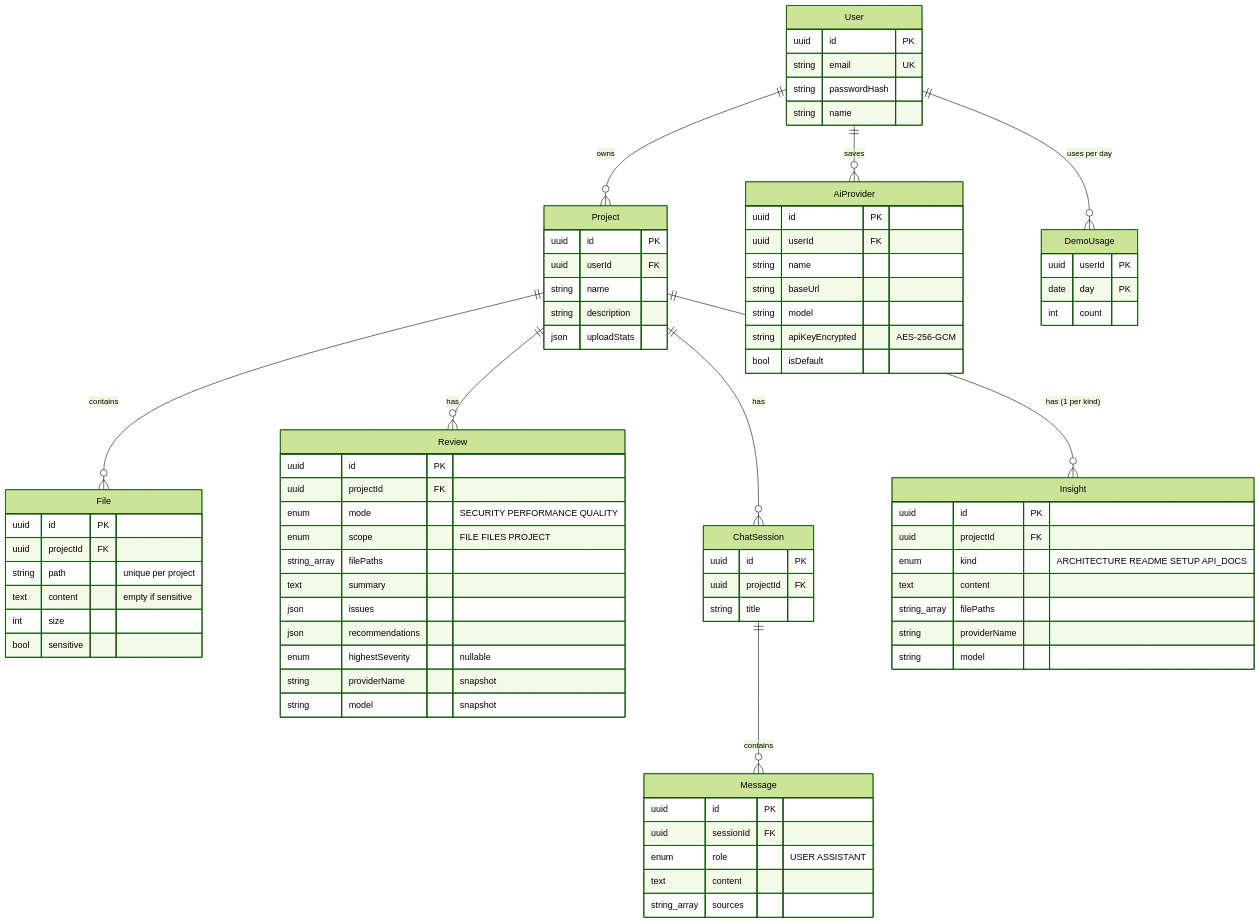
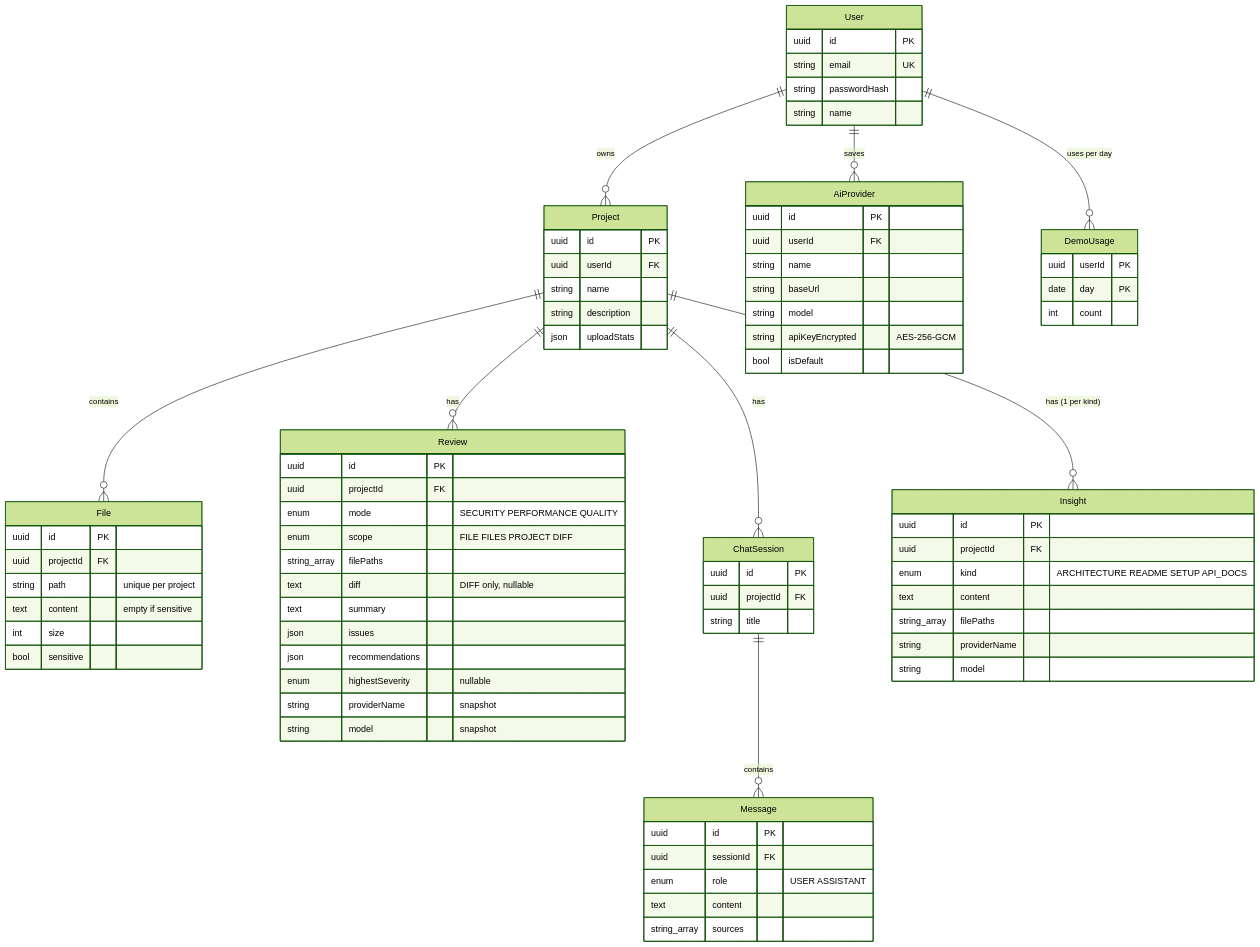
Before and after one commit to ashrafjr-n/AI-Powered-Code-Review-Assistant: the fourth of 7 diagrams in ARCHITECTURE.md, drawn with Mermaid (forest theme). The commit also changed other lines of this file and 2 other files, not shown here.

Commit message:
docs for diff review V3.0

````diff
--- a/ARCHITECTURE.md
+++ b/ARCHITECTURE.md
@@ -147,81 +147,82 @@
 ```mermaid
 erDiagram
   User ||--o{ Project : owns
   User ||--o{ AiProvider : saves
   User ||--o{ DemoUsage : "uses per day"
   Project ||--o{ File : contains
   Project ||--o{ Review : has
   Project ||--o{ ChatSession : has
   Project ||--o{ Insight : "has (1 per kind)"
   ChatSession ||--o{ Message : contains
 
   User {
     uuid id PK
     string email UK
     string passwordHash
     string name
   }
   Project {
     uuid id PK
     uuid userId FK
     string name
     string description
     json uploadStats
   }
   File {
     uuid id PK
     uuid projectId FK
     string path "unique per project"
     text content "empty if sensitive"
     int size
     bool sensitive
   }
   Review {
     uuid id PK
     uuid projectId FK
     enum mode "SECURITY PERFORMANCE QUALITY"
-    enum scope "FILE FILES PROJECT"
+    enum scope "FILE FILES PROJECT DIFF"
     string_array filePaths
+    text diff "DIFF only, nullable"
     text summary
     json issues
     json recommendations
     enum highestSeverity "nullable"
     string providerName "snapshot"
     string model "snapshot"
   }
   AiProvider {
     uuid id PK
     uuid userId FK
     string name
     string baseUrl
     string model
     string apiKeyEncrypted "AES-256-GCM"
     bool isDefault
   }
   ChatSession {
     uuid id PK
     uuid projectId FK
     string title
   }
   Message {
     uuid id PK
     uuid sessionId FK
     enum role "USER ASSISTANT"
     text content
     string_array sources
   }
   Insight {
     uuid id PK
     uuid projectId FK
     enum kind "ARCHITECTURE README SETUP API_DOCS"
     text content
     string_array filePaths
     string providerName
     string model
   }
   DemoUsage {
     uuid userId PK
     date day PK
     int count
   }
 ```
````
